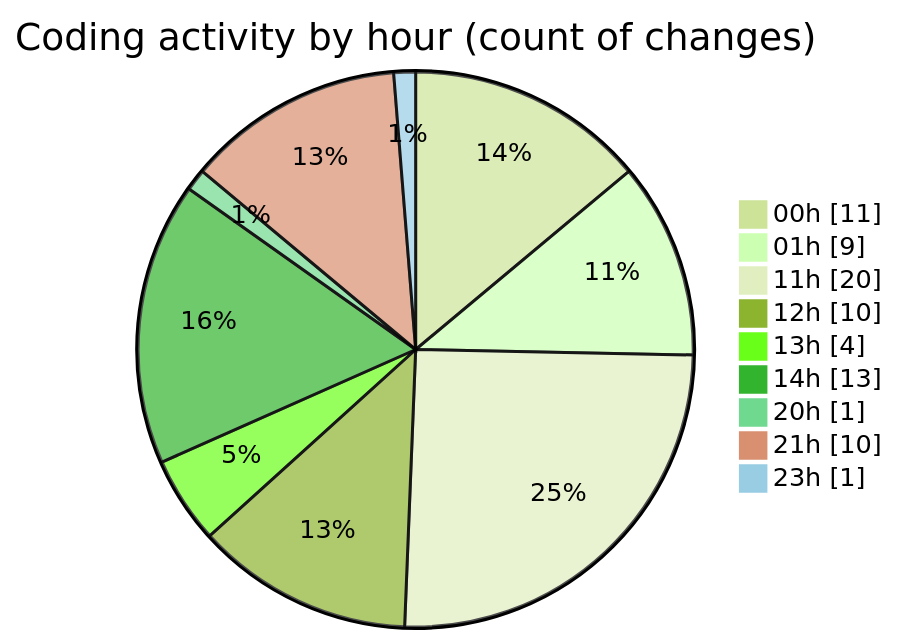
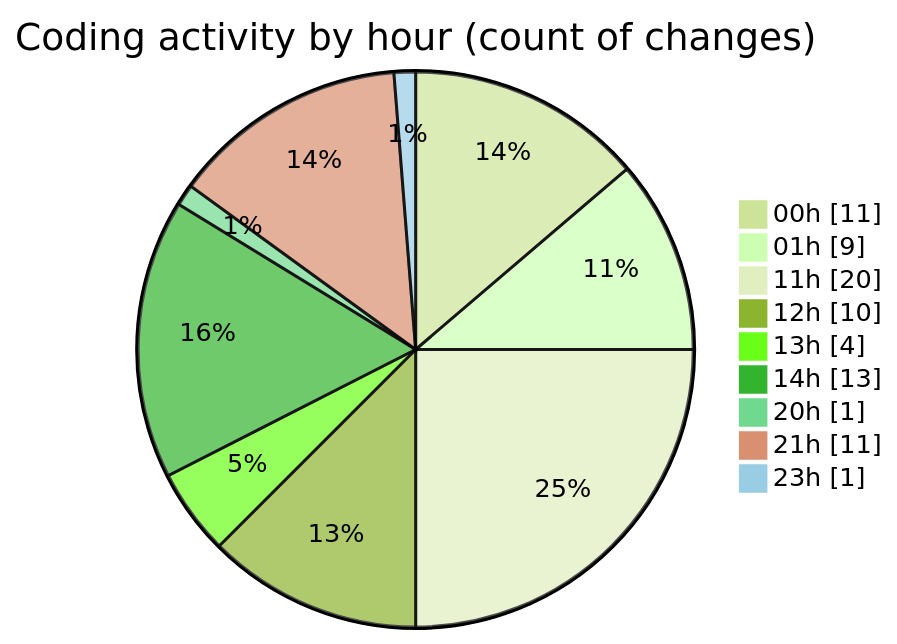
Before and after one commit to lephambinh05/code-tracking: the second of 2 diagrams in 2025-07-18/nhahang/README.md, drawn with Mermaid (forest theme). The commit also changed other lines of this file and 1 other file, not shown here.

````diff
--- a/2025-07-18/nhahang/README.md
+++ b/2025-07-18/nhahang/README.md
@@ -55,13 +55,13 @@
 ```mermaid
 pie showData
 title Coding activity by hour (count of changes)
 "00h" : 11
 "01h" : 9
 "11h" : 20
 "12h" : 10
 "13h" : 4
 "14h" : 13
 "20h" : 1
-"21h" : 10
+"21h" : 11
 "23h" : 1
 ```
````
